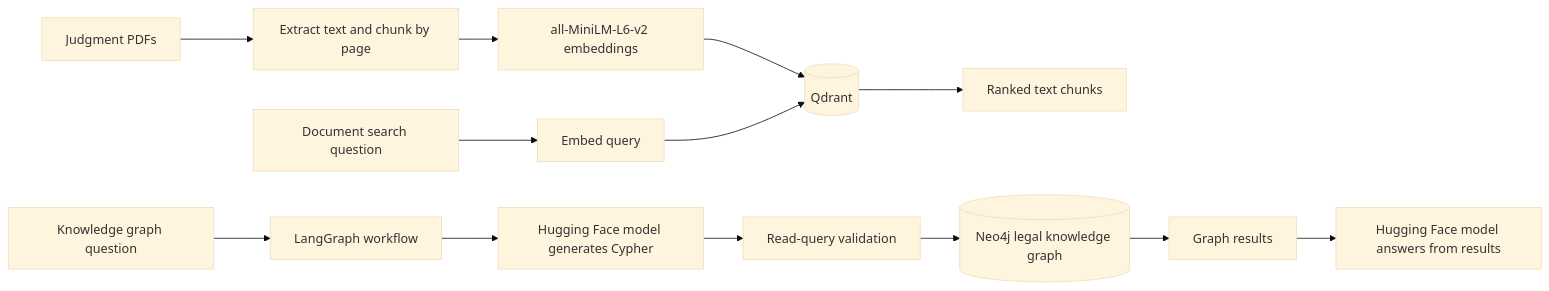
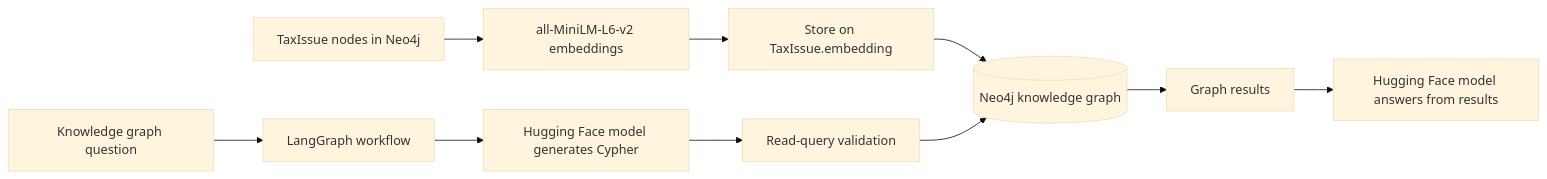
The diagram in README.md (Coderyash05/Litigation-GraphRAG-project), drawn with Mermaid (base theme) before and after one commit. The commit also changed other lines of this file, not shown here.

Commit message:
Document Neo4j embeddings workflow

````diff
--- a/README.md
+++ b/README.md
@@ -7,16 +7,12 @@
 ```mermaid
 flowchart LR
-    PDF[Judgment PDFs] --> EXTRACT[Extract text and chunk by page]
-    EXTRACT --> EMBED[all-MiniLM-L6-v2 embeddings]
-    EMBED --> QDRANT[(Qdrant)]
-    QUESTION1[Document search question] --> QUERY_EMBED[Embed query]
-    QUERY_EMBED --> QDRANT
-    QDRANT --> MATCHES[Ranked text chunks]
-
-    QUESTION2[Knowledge graph question] --> LANGGRAPH[LangGraph workflow]
+    TAX[TaxIssue nodes in Neo4j] --> EMBED[all-MiniLM-L6-v2 embeddings]
+    EMBED --> STORE[Store on TaxIssue.embedding]
+    STORE --> NEO4J[(Neo4j knowledge graph)]
+    QUESTION[Knowledge graph question] --> LANGGRAPH[LangGraph workflow]
     LANGGRAPH --> CYPHER[Hugging Face model generates Cypher]
     CYPHER --> VALIDATE[Read-query validation]
-    VALIDATE --> NEO4J[(Neo4j legal knowledge graph)]
+    VALIDATE --> NEO4J
     NEO4J --> CONTEXT[Graph results]
     CONTEXT --> ANSWER[Hugging Face model answers from results]
 ```
````
